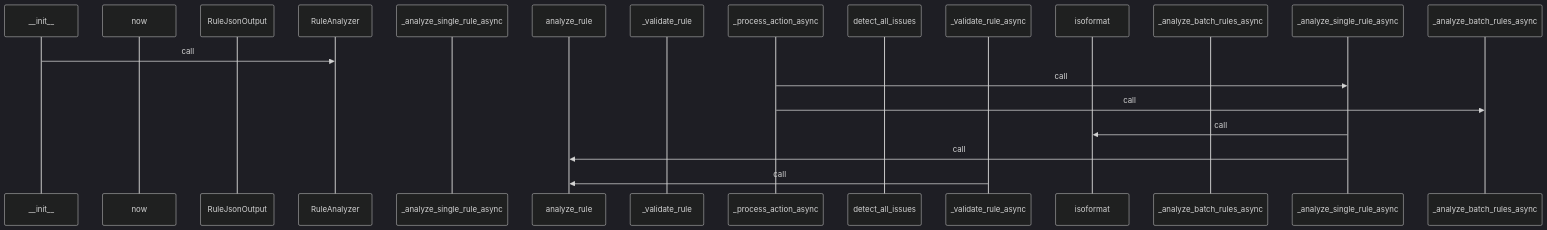
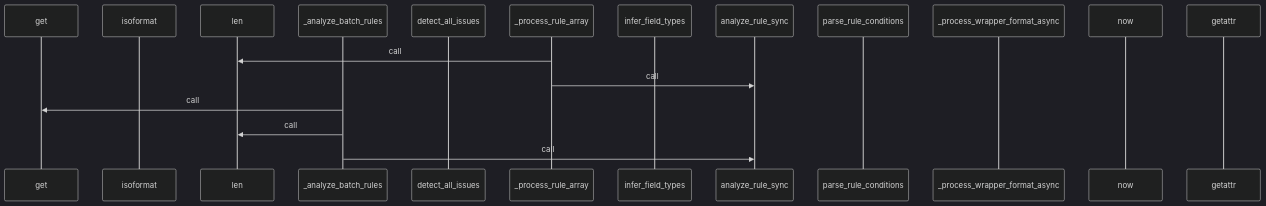
One commit to yeonjae-personal/codemuse-backend changed the third of 4 diagrams in generated_docs/rule_analyzer/json_processor.md. Above: the diagram before and after it, drawn with Mermaid (dark theme). The commit also changed other lines of this file and 3991 other files, not shown here.

First line of the commit message:
feat: 워크플로우 개선 및 핵심 문서 자동 생성 구현

````diff
--- a/generated_docs/rule_analyzer/json_processor.md
+++ b/generated_docs/rule_analyzer/json_processor.md
@@ -294,21 +294,20 @@
 ```mermaid
 sequenceDiagram
-  participant __init__ as __init__
+  participant get as get
+  participant isoformat as isoformat
+  participant len as len
+  participant _analyze_batch_rules as _analyze_batch_rules
+  participant detect_all_issues as detect_all_issues
+  participant _process_rule_array as _process_rule_array
+  participant infer_field_types as infer_field_types
+  participant analyze_rule_sync as analyze_rule_sync
+  participant parse_rule_conditions as parse_rule_conditions
+  participant _process_wrapper_format_ as _process_wrapper_format_async
   participant now as now
-  participant RuleJsonOutput as RuleJsonOutput
-  participant RuleAnalyzer as RuleAnalyzer
-  participant _analyze_single_rule_asy as _analyze_single_rule_async
-  participant analyze_rule as analyze_rule
-  participant _validate_rule as _validate_rule
-  participant _process_action_async as _process_action_async
-  participant detect_all_issues as detect_all_issues
-  participant _validate_rule_async as _validate_rule_async
-  participant isoformat as isoformat
-  participant _analyze_batch_rules_asy as _analyze_batch_rules_async
-  __init__->>RuleAnalyzer: call
-  _process_action_async->>_analyze_single_rule_async: call
-  _process_action_async->>_analyze_batch_rules_async: call
-  _analyze_single_rule_async->>isoformat: call
-  _analyze_single_rule_async->>analyze_rule: call
-  _validate_rule_async->>analyze_rule: call
+  participant getattr as getattr
+  _process_rule_array->>len: call
+  _process_rule_array->>analyze_rule_sync: call
+  _analyze_batch_rules->>get: call
+  _analyze_batch_rules->>len: call
+  _analyze_batch_rules->>analyze_rule_sync: call
 ```
````
